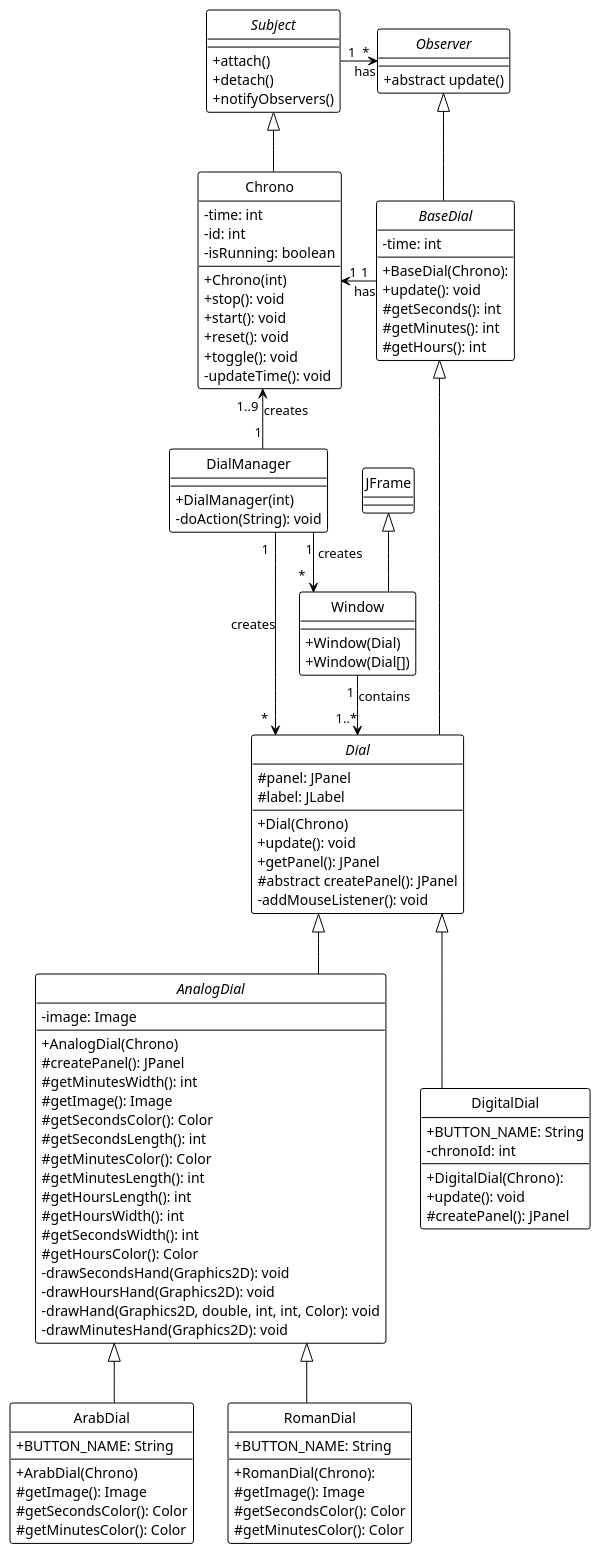
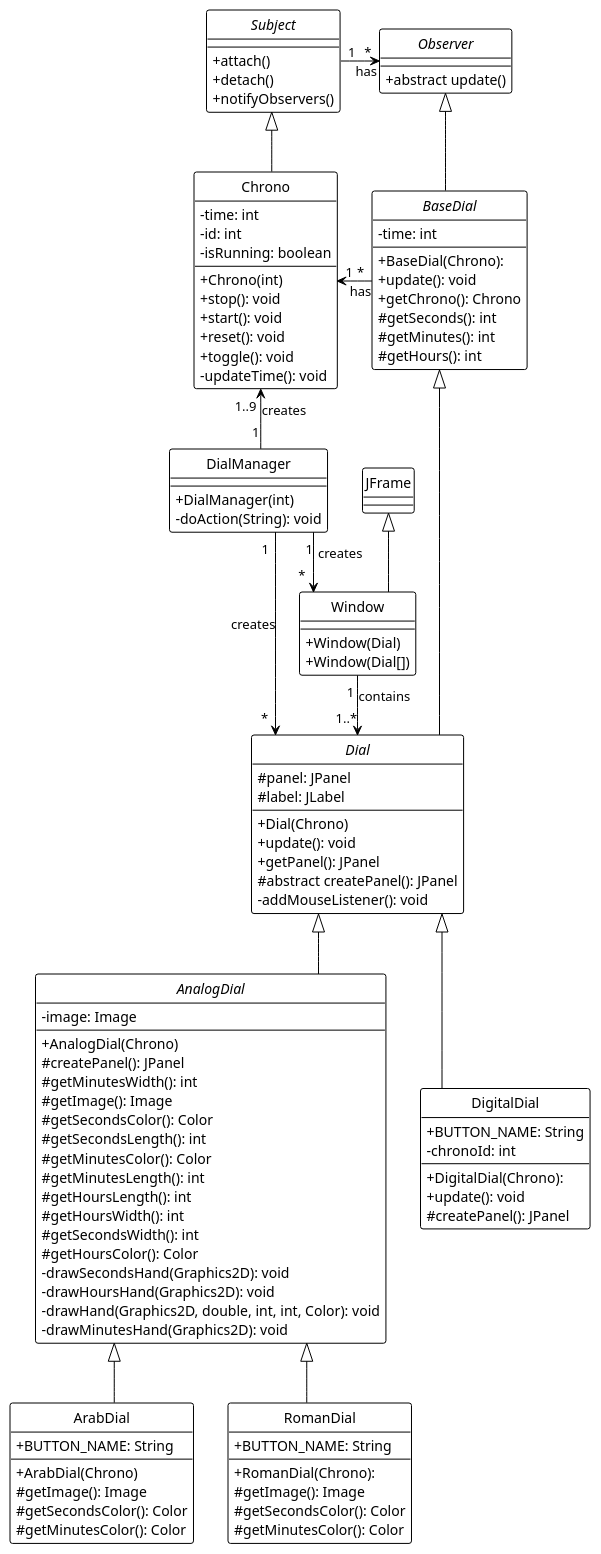
The diagram in uml/uml.plantuml (OlinB/heig-vd-mcr-lab01), drawn with PlantUML before and after one commit. The commit also changed 5 other files, not shown here.

Commit message:
add unwatch on dial close, center analog dial name and update uml

```diff
--- a/uml/uml.plantuml
+++ b/uml/uml.plantuml
@@ -1,125 +1,126 @@
 @startuml
 skinparam classAttributeIconSize 0
 hide circle
 
 !theme plain
 top to bottom direction
 skinparam linetype ortho
 
 abstract class Subject {
     +attach()
     +detach()
     +notifyObservers()
 }
 
 abstract class Observer {
     + abstract update()
 }
 
 class Chrono {
   + Chrono(int)
   + stop(): void
   + start(): void
   + reset(): void
   + toggle(): void
   - updateTime(): void
    -time: int
    -id: int
    -isRunning: boolean
 }
 
 abstract class BaseDial {
   + BaseDial(Chrono):
   + update(): void
+  + getChrono(): Chrono
   # getSeconds(): int
   # getMinutes(): int
   # getHours(): int
    -time: int
 }
 
 abstract class Dial {
   + Dial(Chrono)
   + update(): void
   + getPanel(): JPanel
   # abstract createPanel(): JPanel
   - addMouseListener(): void
   # panel: JPanel
   # label: JLabel
 }
 
 abstract class AnalogDial {
   + AnalogDial(Chrono)
   # createPanel(): JPanel
   # getMinutesWidth(): int
   # getImage(): Image
   # getSecondsColor(): Color
   # getSecondsLength(): int
   # getMinutesColor(): Color
   # getMinutesLength(): int
   # getHoursLength(): int
   # getHoursWidth(): int
   # getSecondsWidth(): int
   # getHoursColor(): Color
   - drawSecondsHand(Graphics2D): void
   - drawHoursHand(Graphics2D): void
   - drawHand(Graphics2D, double, int, int, Color): void
   - drawMinutesHand(Graphics2D): void
   - image: Image
 }
 
 class ArabDial {
   + ArabDial(Chrono)
    #getImage(): Image
    #getSecondsColor(): Color
    #getMinutesColor(): Color
    + BUTTON_NAME: String
 }
 
 class RomanDial {
    + RomanDial(Chrono):
    #getImage(): Image
    #getSecondsColor(): Color
    #getMinutesColor(): Color
    + BUTTON_NAME: String
 }
 
 class DigitalDial {
   + DigitalDial(Chrono):
   + update(): void
   # createPanel(): JPanel
    +BUTTON_NAME: String
    -chronoId: int
 }
 
 class DialManager {
   + DialManager(int)
   - doAction(String): void
 }
 
 class Window {
   + Window(Dial)
   + Window(Dial[])
 }
 
 class JFrame {
 
 }
 
 Dial        -UP-^   BaseDial
 Chrono      -UP-^   Subject
 BaseDial    -UP-^   Observer
 AnalogDial  -UP-^   Dial
 ArabDial    -UP-^   AnalogDial
 DigitalDial -UP-^   Dial
 RomanDial   -UP-^   AnalogDial
 Window      -UP-^   JFrame
 
 
 Subject     "1"--right-->"*"   Observer: has
-BaseDial    "1"--left->"1"    Chrono: has
+BaseDial    "*"--left->"1"    Chrono: has
 
 Chrono      "1..9 "<--"1 "        DialManager: creates
 DialManager "1   "-->"*"           Window: " creates"
 DialManager "1   "-->"*"           Dial: " creates"
 Window      "1 "-->"1..*"     Dial: contains
 @enduml
```
